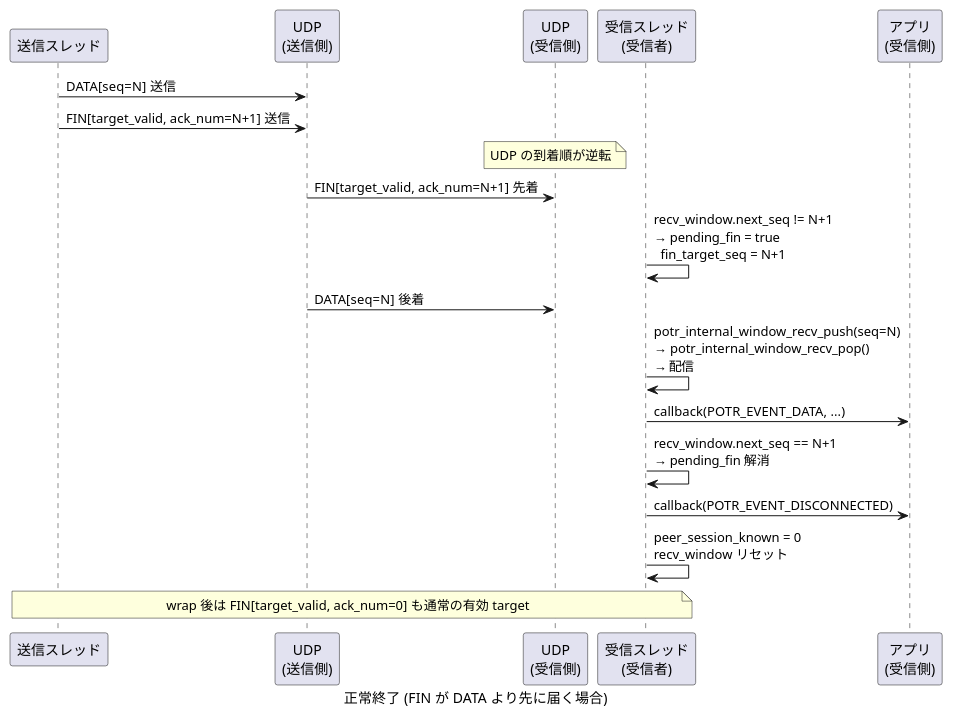
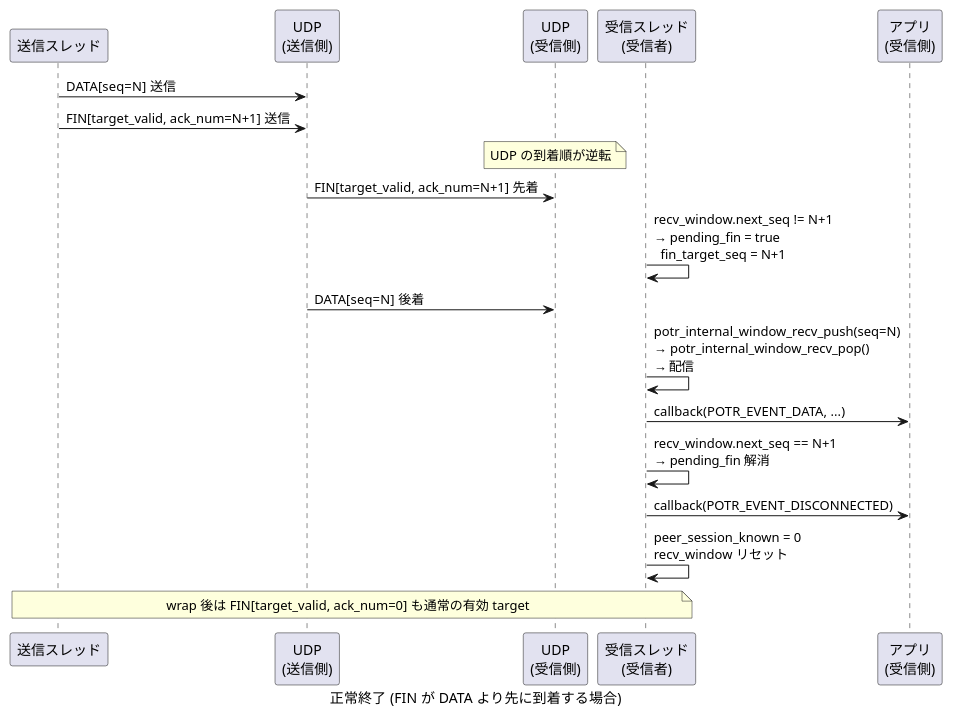
The fourth of 6 diagrams in docs/sequence-lifecycle.md (Hondarer/app_porter), drawn with PlantUML before and after one commit. The commit also changed other lines of this file and 39 other files, not shown here.

````diff
--- a/docs/sequence-lifecycle.md
+++ b/docs/sequence-lifecycle.md
@@ -129,29 +129,29 @@
 ```plantuml
 @startuml 正常終了 FIN pending
-caption 正常終了 (FIN が DATA より先に届く場合)
+caption 正常終了 (FIN が DATA より先に到着する場合)
 
 participant "送信スレッド" as ST
 participant "UDP\n(送信側)" as SUDP
 participant "UDP\n(受信側)" as RUDP
 participant "受信スレッド\n(受信者)" as RRT
 participant "アプリ\n(受信側)" as RAPP
 
 ST -> SUDP: DATA[seq=N] 送信
 ST -> SUDP: FIN[target_valid, ack_num=N+1] 送信
 
 note over RUDP: UDP の到着順が逆転
 
 SUDP -> RUDP: FIN[target_valid, ack_num=N+1] 先着
 RRT -> RRT: recv_window.next_seq != N+1\n→ pending_fin = true\n  fin_target_seq = N+1
 
 SUDP -> RUDP: DATA[seq=N] 後着
 RRT -> RRT: potr_internal_window_recv_push(seq=N)\n→ potr_internal_window_recv_pop()\n→ 配信
 RRT -> RAPP: callback(POTR_EVENT_DATA, ...)
 RRT -> RRT: recv_window.next_seq == N+1\n→ pending_fin 解消
 RRT -> RAPP: callback(POTR_EVENT_DISCONNECTED)
 RRT -> RRT: peer_session_known = 0\nrecv_window リセット
 
 note over ST,RRT: wrap 後は FIN[target_valid, ack_num=0] も通常の有効 target
 
 @enduml
 ```
````
